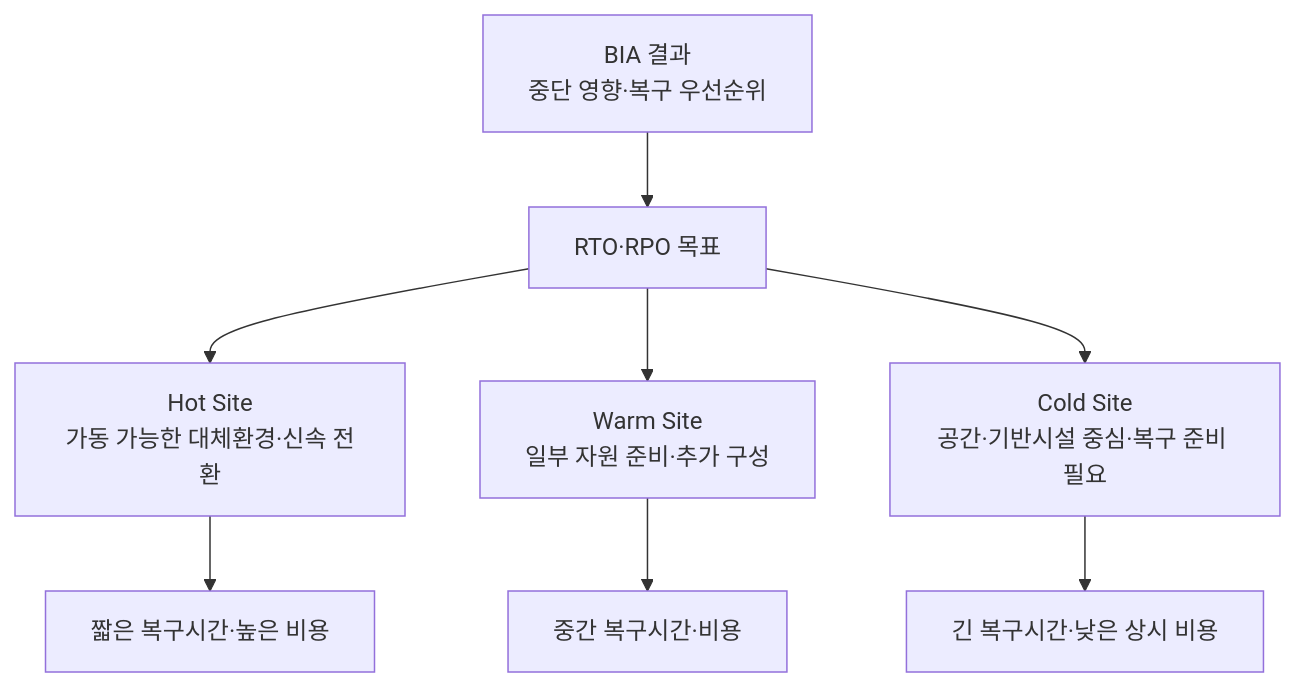
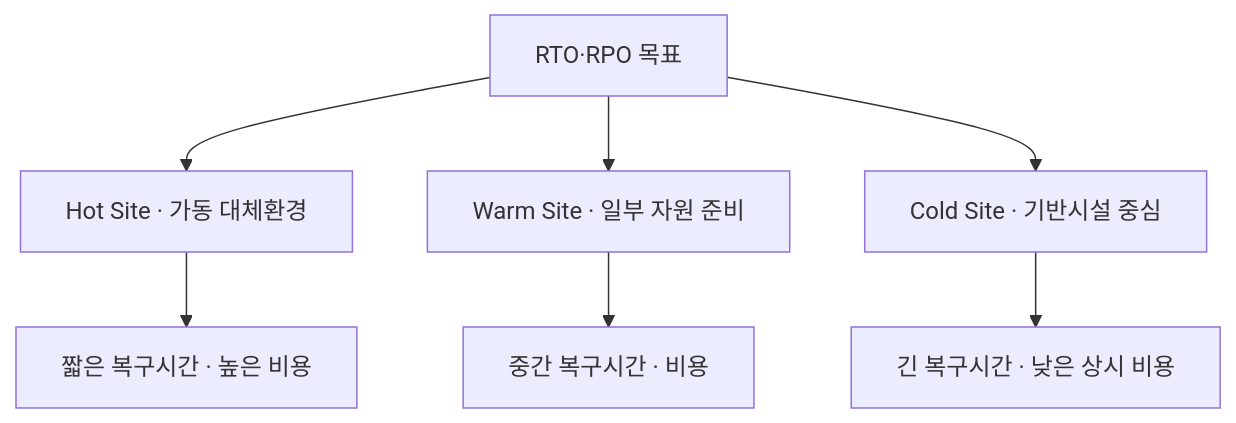
One commit to agnusdei1207/study changed the second of 4 diagrams in src/content/docs/notes/itpe/01-it-strategy/018_rpo.md. Above: the diagram before and after it, drawn with Mermaid. The commit also changed other lines of this file and 19 other files, not shown here.

````diff
--- a/src/content/docs/notes/itpe/01-it-strategy/018_rpo.md
+++ b/src/content/docs/notes/itpe/01-it-strategy/018_rpo.md
@@ -77,10 +86,9 @@
 ```mermaid
 flowchart TD
-    B["BIA 결과<br/>중단 영향·복구 우선순위"] --> O["RTO·RPO 목표"]
-    O --> H["Hot Site<br/>가동 가능한 대체환경·신속 전환"]
-    O --> W["Warm Site<br/>일부 자원 준비·추가 구성"]
-    O --> C["Cold Site<br/>공간·기반시설 중심·복구 준비 필요"]
-    H --> T["짧은 복구시간·높은 비용"]
-    W --> M["중간 복구시간·비용"]
-    C --> L["긴 복구시간·낮은 상시 비용"]
+    O["RTO·RPO 목표"] --> H["Hot Site · 가동 대체환경"]
+    O --> W["Warm Site · 일부 자원 준비"]
+    O --> C["Cold Site · 기반시설 중심"]
+    H --> T["짧은 복구시간 · 높은 비용"]
+    W --> M["중간 복구시간 · 비용"]
+    C --> L["긴 복구시간 · 낮은 상시 비용"]
 ```
````
